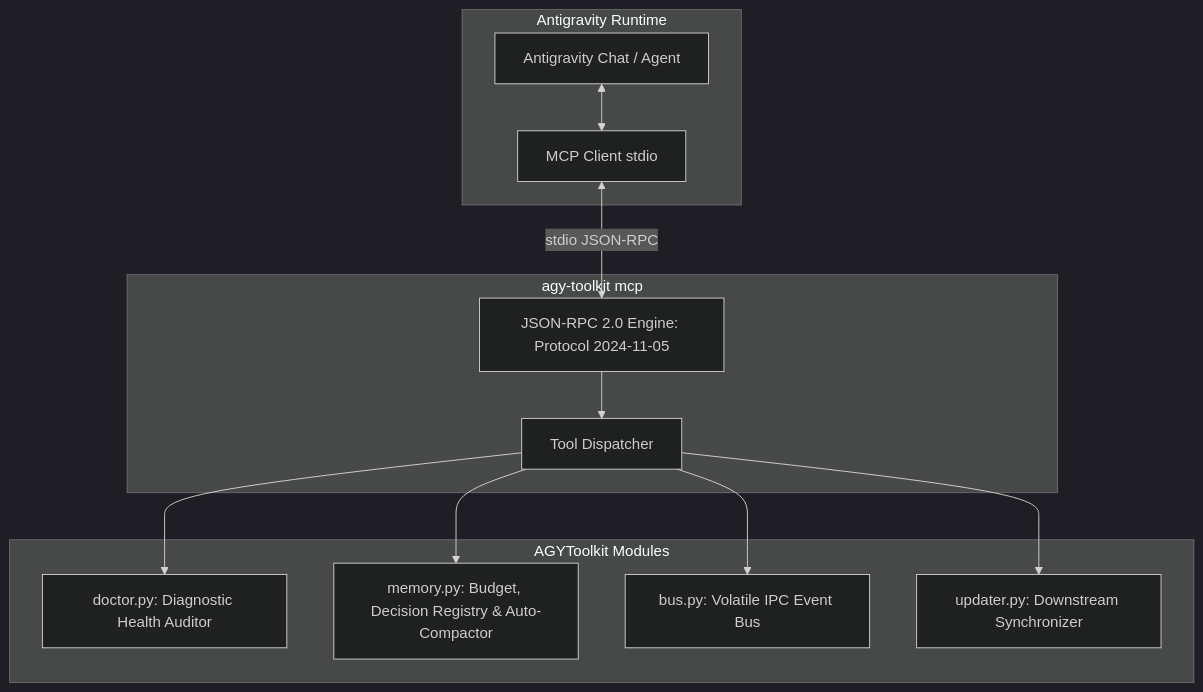
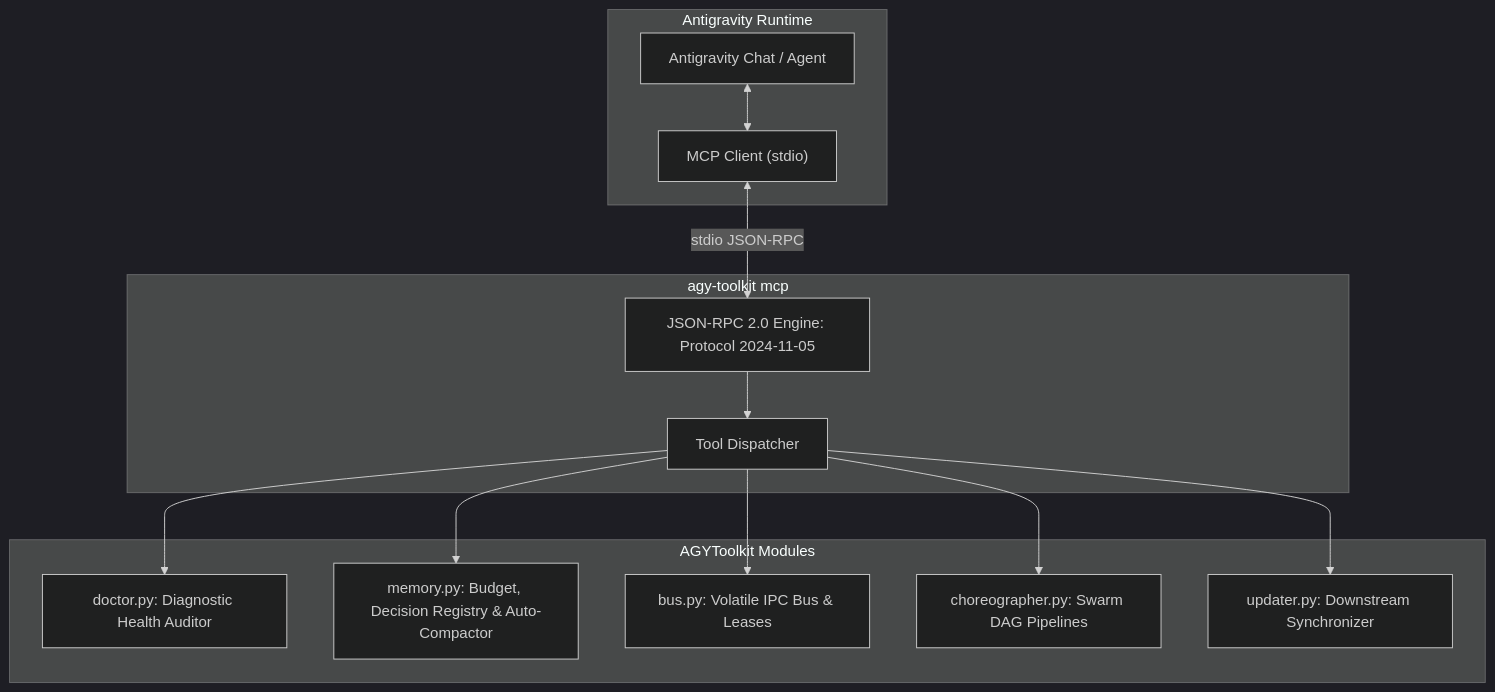
The diagram in docs/mcp_server.md (OneEyedDragon1102/AGYToolkit), drawn with Mermaid (dark theme) before and after one commit. The commit also changed other lines of this file and 11 other files, not shown here.

Commit message:
feat(swarm): add swarm pipeline cli, native mcp tools and telemetry dashboard

````diff
--- a/docs/mcp_server.md
+++ b/docs/mcp_server.md
@@ -9,27 +9,29 @@
 ```mermaid
 flowchart TD
-    subgraph HostEnvironment [Antigravity Runtime]
-        Agent[Antigravity Chat / Agent]
-        MCPClient[MCP Client stdio]
+    subgraph HostEnvironment ["Antigravity Runtime"]
+        Agent["Antigravity Chat / Agent"]
+        MCPClient["MCP Client (stdio)"]
     end
 
-    subgraph MCPServer [agy-toolkit mcp]
-        Protocol[JSON-RPC 2.0 Engine: Protocol 2024-11-05]
-        Dispatcher[Tool Dispatcher]
+    subgraph MCPServer ["agy-toolkit mcp"]
+        Protocol["JSON-RPC 2.0 Engine: Protocol 2024-11-05"]
+        Dispatcher["Tool Dispatcher"]
     end
 
-    subgraph FrameworkEngine [AGYToolkit Modules]
-        Doctor[doctor.py: Diagnostic Health Auditor]
-        Memory[memory.py: Budget, Decision Registry & Auto-Compactor]
-        Bus[bus.py: Volatile IPC Event Bus]
-        Updater[updater.py: Downstream Synchronizer]
+    subgraph FrameworkEngine ["AGYToolkit Modules"]
+        Doctor["doctor.py: Diagnostic Health Auditor"]
+        Memory["memory.py: Budget, Decision Registry & Auto-Compactor"]
+        Bus["bus.py: Volatile IPC Bus & Leases"]
+        Swarm["choreographer.py: Swarm DAG Pipelines"]
+        Updater["updater.py: Downstream Synchronizer"]
     end
 
     Agent <--> MCPClient
     MCPClient <-->|stdio JSON-RPC| Protocol
     Protocol --> Dispatcher
     Dispatcher --> Doctor
     Dispatcher --> Memory
     Dispatcher --> Bus
+    Dispatcher --> Swarm
     Dispatcher --> Updater
 ```
````
